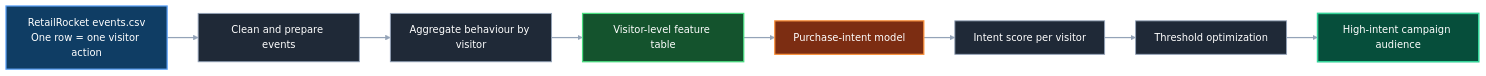
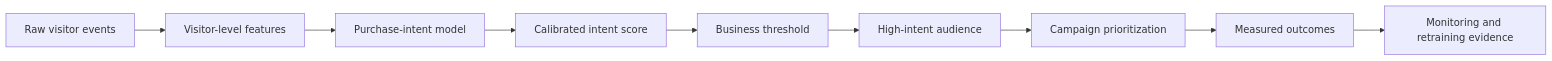
Before and after one commit to RuturajM31/E-Commerce-Conversion-Intelligence-Platform: the first of 15 diagrams in README.md, drawn with Mermaid. The commit also changed other lines of this file, not shown here.

````diff
--- a/README.md
+++ b/README.md
@@ -191,25 +108,11 @@
 ```mermaid
-%%{init: {"theme": "base", "themeVariables": {"background": "#0D1117", "primaryTextColor": "#FFFFFF", "lineColor": "#94A3B8", "fontFamily": "Arial"}}}%%
 flowchart LR
-    A["RetailRocket events.csv<br/>One row = one visitor action"] --> B["Clean and prepare events"]
-    B --> C["Aggregate behaviour by visitor"]
-    C --> D["Visitor-level feature table"]
-    D --> E["Purchase-intent model"]
-    E --> F["Intent score per visitor"]
-    F --> G["Threshold optimization"]
-    G --> H["High-intent campaign audience"]
-
-    classDef source fill:#0F3D64,stroke:#60A5FA,color:#FFFFFF,stroke-width:2px;
-    classDef process fill:#1F2937,stroke:#94A3B8,color:#FFFFFF,stroke-width:1.5px;
-    classDef feature fill:#14532D,stroke:#4ADE80,color:#FFFFFF,stroke-width:2px;
-    classDef model fill:#7C2D12,stroke:#FB923C,color:#FFFFFF,stroke-width:2px;
-    classDef outcome fill:#064E3B,stroke:#34D399,color:#FFFFFF,stroke-width:2.5px;
-
-    class A source;
-    class B,C,F,G process;
-    class D feature;
-    class E model;
-    class H outcome;
-
-    linkStyle default stroke:#94A3B8,stroke-width:2px;
+    A["Raw visitor events"] --> B["Visitor-level features"]
+    B --> C["Purchase-intent model"]
+    C --> D["Calibrated intent score"]
+    D --> E["Business threshold"]
+    E --> F["High-intent audience"]
+    F --> G["Campaign prioritization"]
+    G --> H["Measured outcomes"]
+    H --> I["Monitoring and retraining evidence"]
 ```
````
